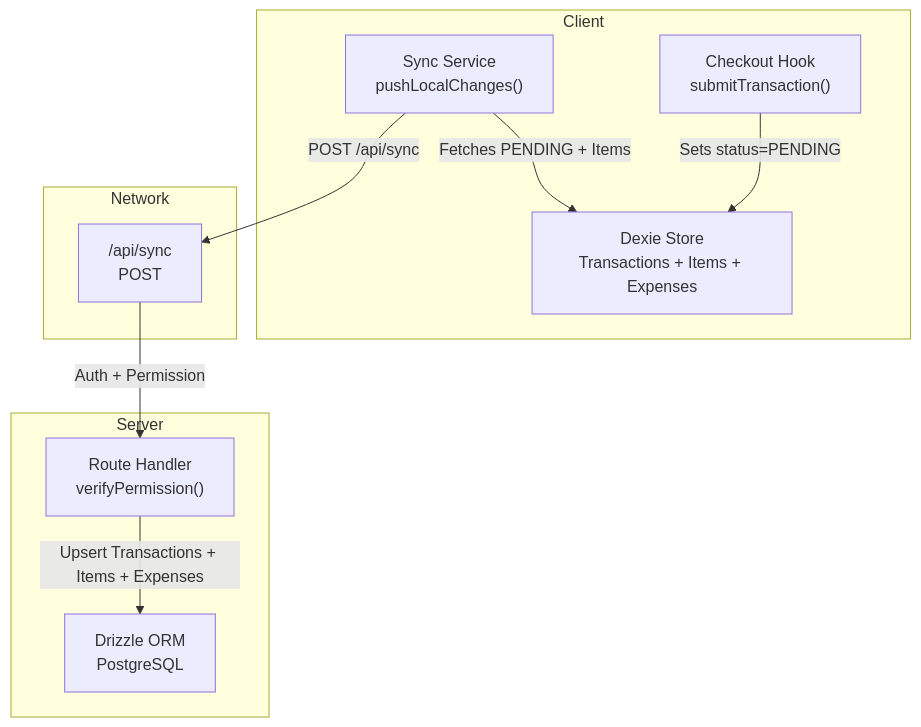
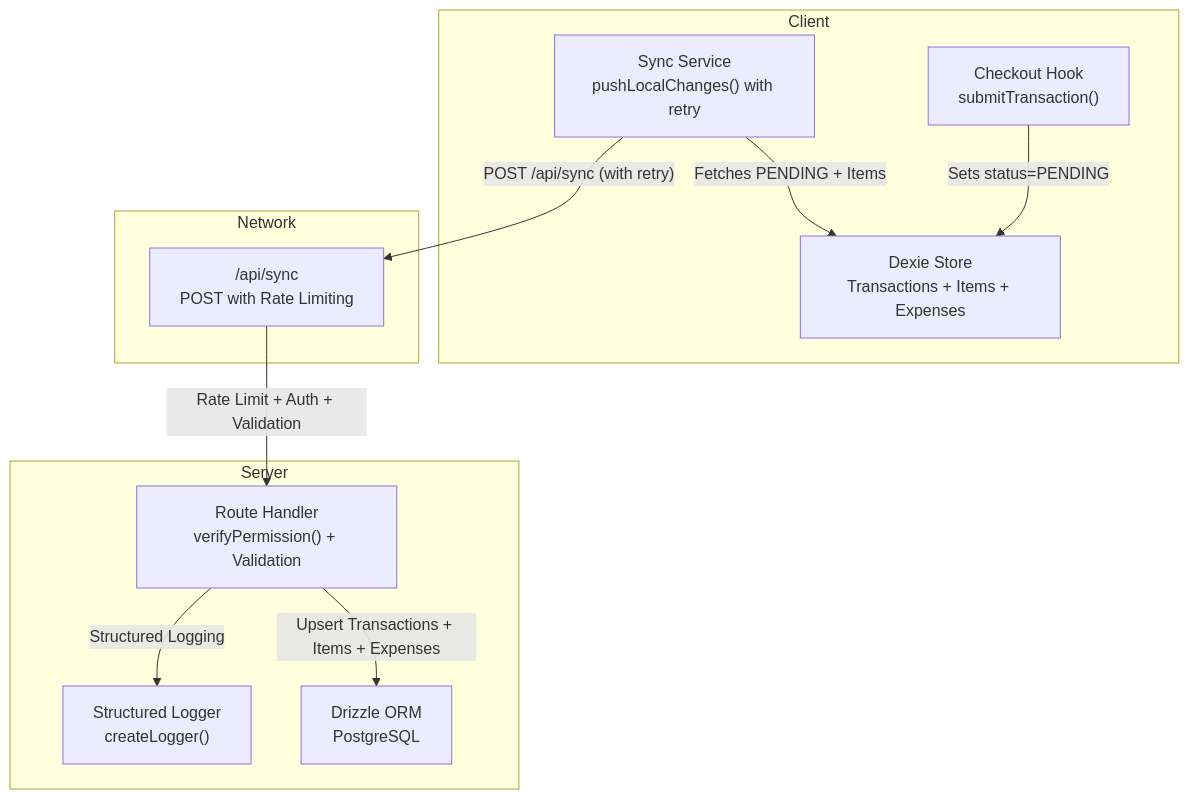
Before and after one commit to riod94/ngepos: the first of 3 diagrams in .qoder/repowiki/en/content/API Reference/Synchronization API.md, drawn with Mermaid. The commit also changed other lines of this file and 51 other files, not shown here.

````diff
--- a/.qoder/repowiki/en/content/API Reference/Synchronization API.md
+++ b/.qoder/repowiki/en/content/API Reference/Synchronization API.md
@@ -38,20 +50,22 @@
 ```mermaid
 graph TB
 subgraph "Client"
 A["Dexie Store<br/>Transactions + Items + Expenses"]
-B["Sync Service<br/>pushLocalChanges()"]
+B["Sync Service<br/>pushLocalChanges() with retry"]
 C["Checkout Hook<br/>submitTransaction()"]
 end
 subgraph "Network"
-D["/api/sync<br/>POST"]
+D["/api/sync<br/>POST with Rate Limiting"]
 end
 subgraph "Server"
-E["Route Handler<br/>verifyPermission()"]
-F["Drizzle ORM<br/>PostgreSQL"]
+E["Route Handler<br/>verifyPermission() + Validation"]
+F["Structured Logger<br/>createLogger()"]
+G["Drizzle ORM<br/>PostgreSQL"]
 end
 C --> |"Sets status=PENDING"| A
 B --> |"Fetches PENDING + Items"| A
-B --> |"POST /api/sync"| D
-D --> |"Auth + Permission"| E
-E --> |"Upsert Transactions + Items + Expenses"| F
+B --> |"POST /api/sync (with retry)"| D
+D --> |"Rate Limit + Auth + Validation"| E
+E --> |"Structured Logging"| F
+E --> |"Upsert Transactions + Items + Expenses"| G
 ```
````
